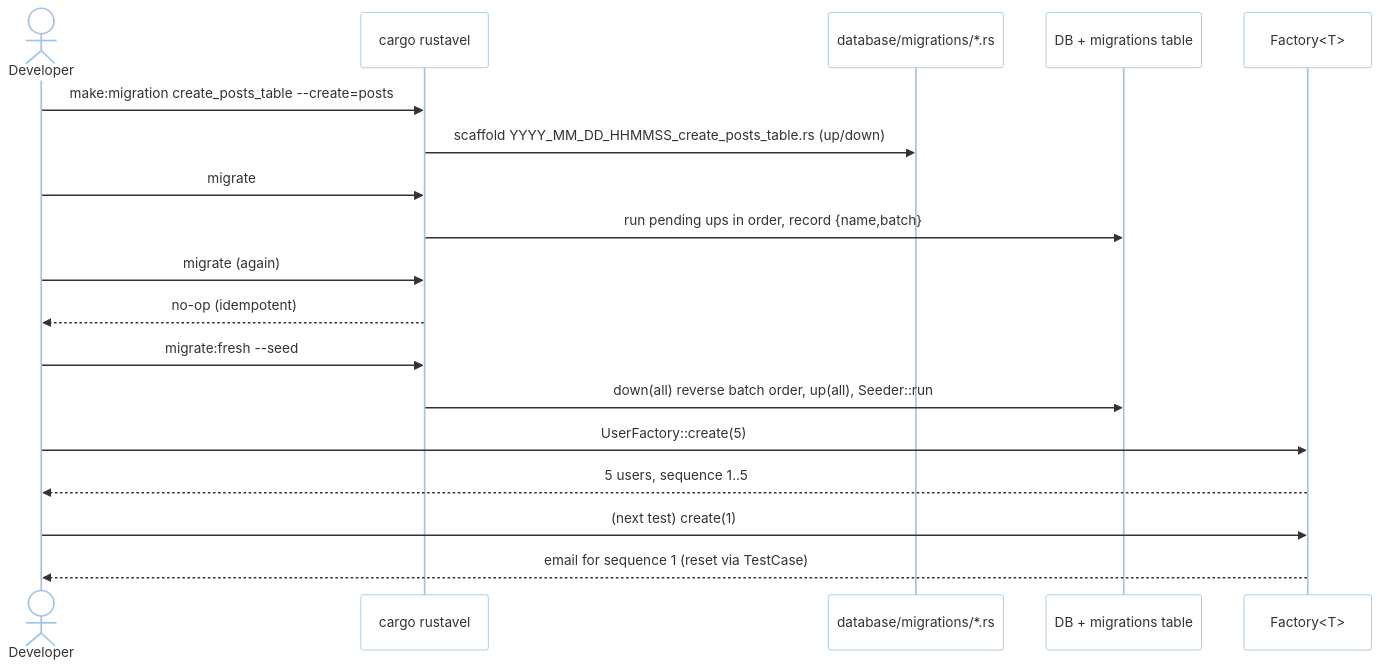
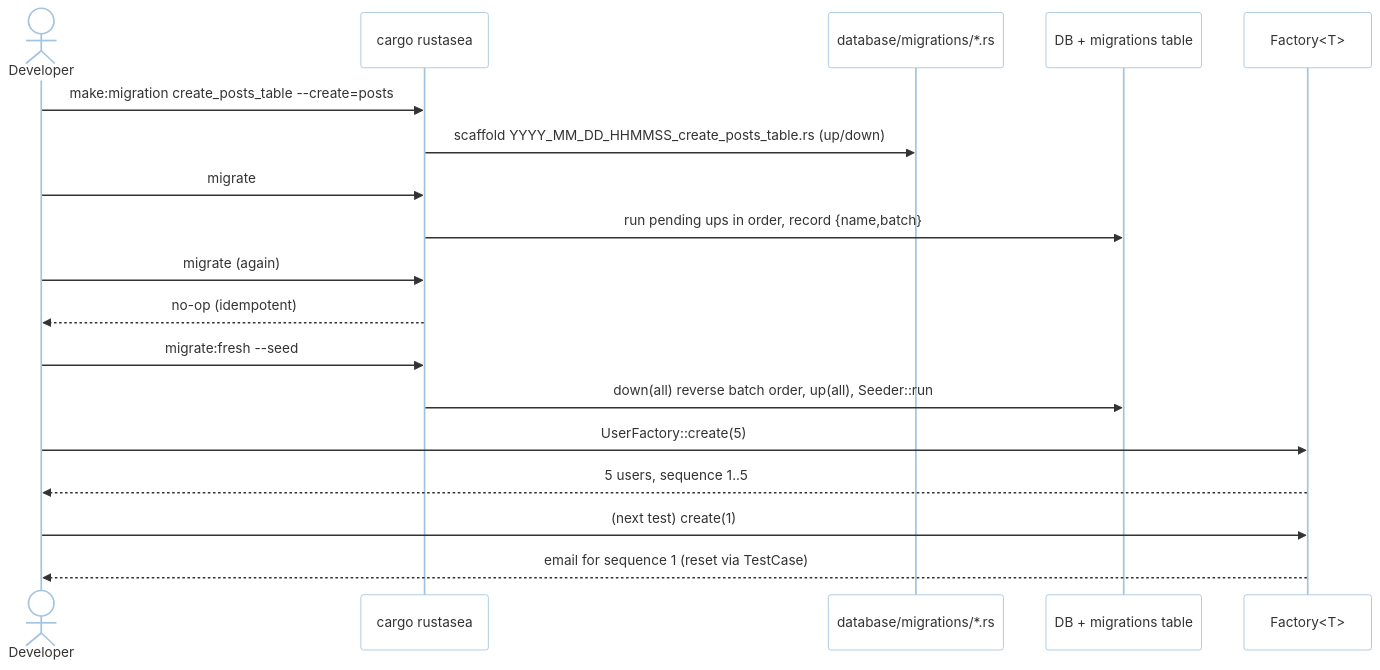
Before and after one commit to rustasea/rustasea: the first of 2 diagrams in .agents/documents/application/modules/data-orm/migrations.md, drawn with Mermaid. The commit also changed other lines of this file and 405 other files, not shown here.

````diff
--- a/.agents/documents/application/modules/data-orm/migrations.md
+++ b/.agents/documents/application/modules/data-orm/migrations.md
@@ -20,22 +20,22 @@
 ```mermaid
 %%{init: {"theme": "base", "themeVariables": {"background": "#ffffff", "mainBkg": "#ffffff", "primaryColor": "#bbdefb", "secondaryColor": "#fff9c4", "tertiaryColor": "#c8e6c9"}}}%%
 sequenceDiagram
     actor Dev as Developer
-    participant CLI as cargo rustavel
+    participant CLI as cargo rustasea
     participant FS as database/migrations/*.rs
     participant DB as DB + migrations table
     participant Factory as Factory<T>
 
     Dev->>CLI: make:migration create_posts_table --create=posts
     CLI->>FS: scaffold YYYY_MM_DD_HHMMSS_create_posts_table.rs (up/down)
     Dev->>CLI: migrate
     CLI->>DB: run pending ups in order, record {name,batch}
     Dev->>CLI: migrate (again)
     CLI-->>Dev: no-op (idempotent)
     Dev->>CLI: migrate:fresh --seed
     CLI->>DB: down(all) reverse batch order, up(all), Seeder::run
     Dev->>Factory: UserFactory::create(5)
     Factory-->>Dev: 5 users, sequence 1..5
     Dev->>Factory: (next test) create(1)
     Factory-->>Dev: email for sequence 1 (reset via TestCase)
 ```
````
